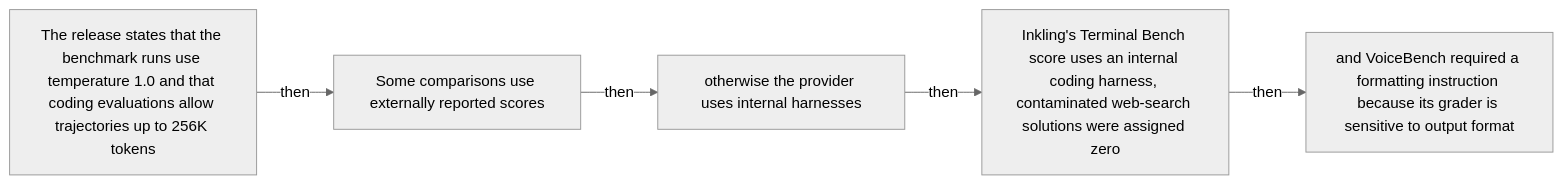
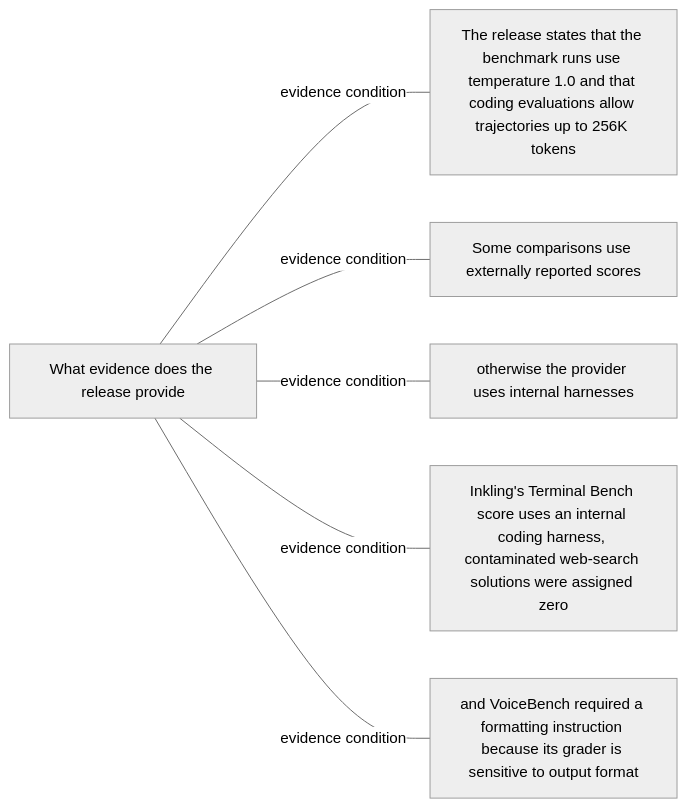
Diagram 33 of 57 in docs/visual-manifests/VISUAL_MANIFEST_INKLING.md (Betancourt1/paper_atlas), drawn with Mermaid (neutral theme) before and after one commit. The commit also changed other lines of this file and 7 other files, not shown here.

````diff
--- a/docs/visual-manifests/VISUAL_MANIFEST_INKLING.md
+++ b/docs/visual-manifests/VISUAL_MANIFEST_INKLING.md
@@ -2659,12 +2676,14 @@
 ```mermaid
 flowchart LR
-  n1["The release states that the benchmark runs use temperature 1.0 and that coding evaluations allow trajectories up to 256K tokens"]
-  n2["Some comparisons use externally reported scores"]
-  n3["otherwise the provider uses internal harnesses"]
-  n4["Inkling's Terminal Bench score uses an internal coding harness, contaminated web-search solutions were assigned zero"]
-  n5["and VoiceBench required a formatting instruction because its grader is sensitive to output format"]
-  n1 -->|"then"| n2
-  n2 -->|"then"| n3
-  n3 -->|"then"| n4
-  n4 -->|"then"| n5
+  center["What evidence does the release provide"]
+  f1["The release states that the benchmark runs use temperature 1.0 and that coding evaluations allow trajectories up to 256K tokens"]
+  f2["Some comparisons use externally reported scores"]
+  f3["otherwise the provider uses internal harnesses"]
+  f4["Inkling's Terminal Bench score uses an internal coding harness, contaminated web-search solutions were assigned zero"]
+  f5["and VoiceBench required a formatting instruction because its grader is sensitive to output format"]
+  center ---|"evidence condition"| f1
+  center ---|"evidence condition"| f2
+  center ---|"evidence condition"| f3
+  center ---|"evidence condition"| f4
+  center ---|"evidence condition"| f5
 ```
````
